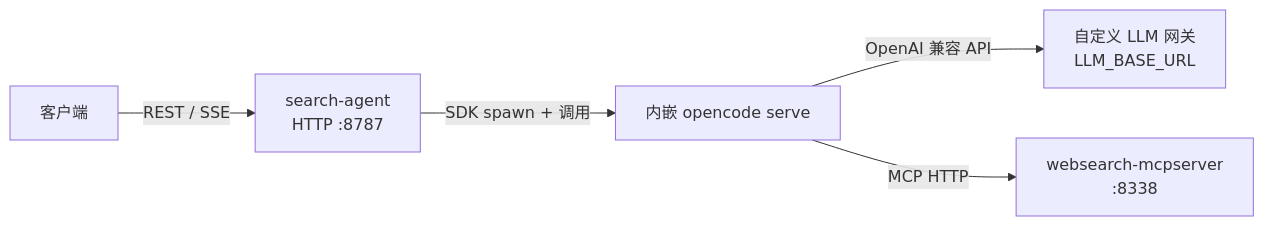
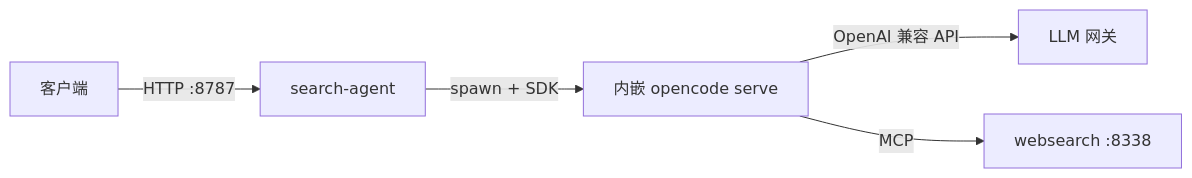
The first of 4 diagrams in docs/architecture.md (Cn-Asukai/search-agent), drawn with Mermaid before and after one commit. The commit also changed other lines of this file, not shown here.

First line of the commit message:
Rewrite architecture docs around roles and the two event buses.

````diff
--- a/docs/architecture.md
+++ b/docs/architecture.md
@@ -44,13 +7,7 @@
 ```mermaid
 flowchart LR
-  Client["客户端"]
-  Agent["search-agent<br/>HTTP :8787"]
-  OC["内嵌 opencode serve"]
-  LLM["自定义 LLM 网关<br/>LLM_BASE_URL"]
-  MCP["websearch-mcpserver<br/>:8338"]
-
-  Client -->|"REST / SSE"| Agent
-  Agent -->|"SDK spawn + 调用"| OC
-  OC -->|"OpenAI 兼容 API"| LLM
-  OC -->|"MCP HTTP"| MCP
+  C["客户端"] -->|"HTTP :8787"| A["search-agent"]
+  A -->|"spawn + SDK"| O["内嵌 opencode serve"]
+  O -->|"OpenAI 兼容 API"| L["LLM 网关"]
+  O -->|"MCP"| W["websearch :8338"]
 ```
````
